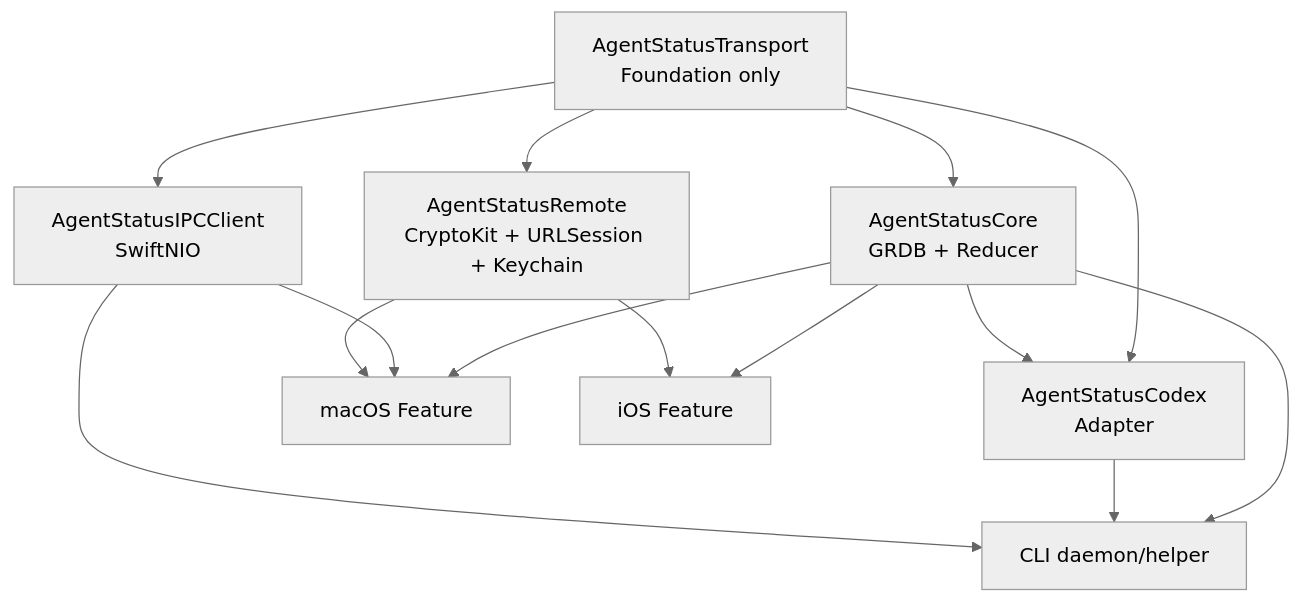
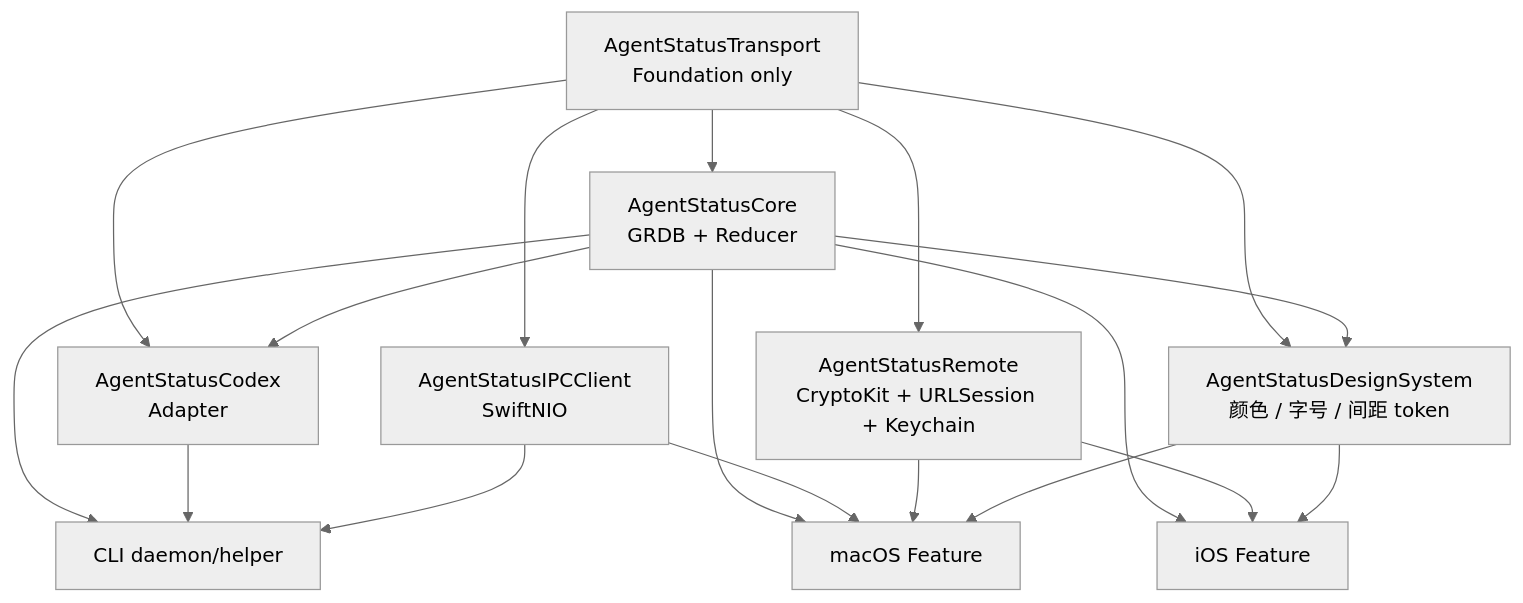
One commit to AFutureD/Lumi changed the second of 2 diagrams in docs/design/system-architecture.md. Above: the diagram before and after it, drawn with Mermaid (neutral theme). The commit also changed other lines of this file and 35 other files, not shown here.

First line of the commit message:
feat: shared design system module, Notch spacing pass, lane strip interaction

````diff
--- a/docs/design/system-architecture.md
+++ b/docs/design/system-architecture.md
@@ -105,25 +105,30 @@
 ```mermaid
 flowchart TD
     Transport["AgentStatusTransport<br/>Foundation only"]
     Core["AgentStatusCore<br/>GRDB + Reducer"]
     Codex["AgentStatusCodex<br/>Adapter"]
     IPC["AgentStatusIPCClient<br/>SwiftNIO"]
     Remote["AgentStatusRemote<br/>CryptoKit + URLSession + Keychain"]
+    Design["AgentStatusDesignSystem<br/>颜色 / 字号 / 间距 token"]
     CLI["CLI daemon/helper"]
     Mac["macOS Feature"]
     IOS["iOS Feature"]
 
     Transport --> Core
     Transport --> Codex
     Transport --> IPC
     Transport --> Remote
     Core --> Codex
     Core --> CLI
     Codex --> CLI
     IPC --> CLI
+    Transport --> Design
+    Core --> Design
     Core --> Mac
     IPC --> Mac
     Remote --> Mac
+    Design --> Mac
     Core --> IOS
     Remote --> IOS
+    Design --> IOS
 ```
````
